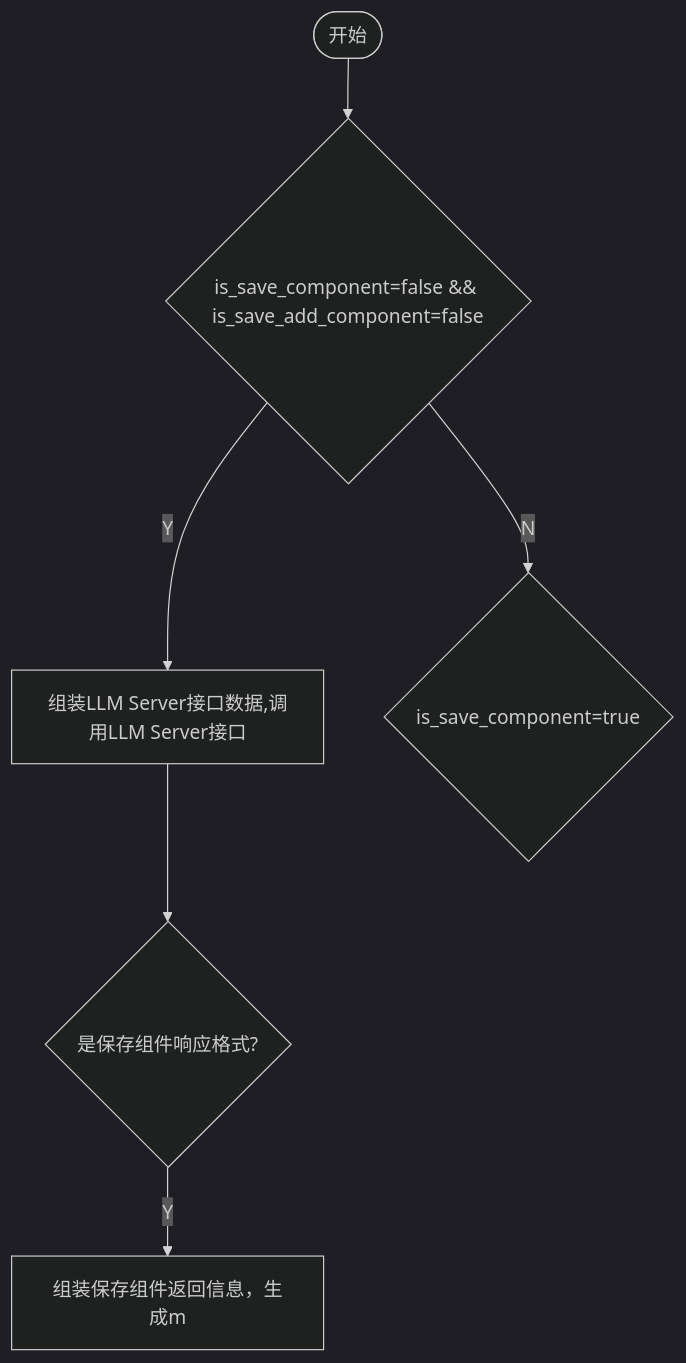
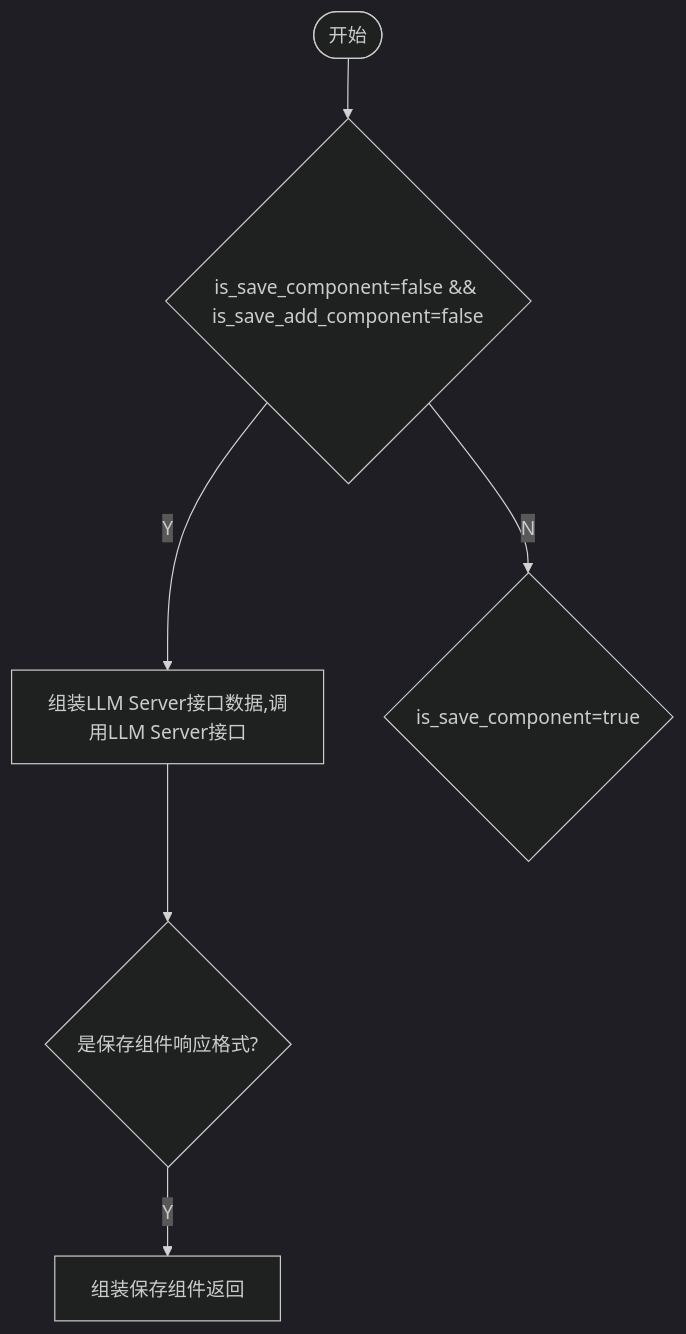
One commit to yingjianzh/iodraw-files changed the diagram in all/未命名-7.md. Above: the diagram before and after it, drawn with Mermaid (dark theme).

Commit message:
2024-10-12 13:56:18 update

````diff
--- a/all/未命名-7.md
+++ b/all/未命名-7.md
@@ -1,10 +1,10 @@
 ```mermaid
 flowchart TD
     A([开始]) --> B{is_save_component=false && is_save_add_component=false}
     B -- Y --> C[组装LLM Server接口数据,调用LLM Server接口]
     B -- N --> D{is_save_component=true}
     C --> E{是保存组件响应格式?}
-    E -- Y --> F[组装保存组件返回信息，生成m]
+    E -- Y --> F[组装保存组件返回]
     
 
 ```
````
